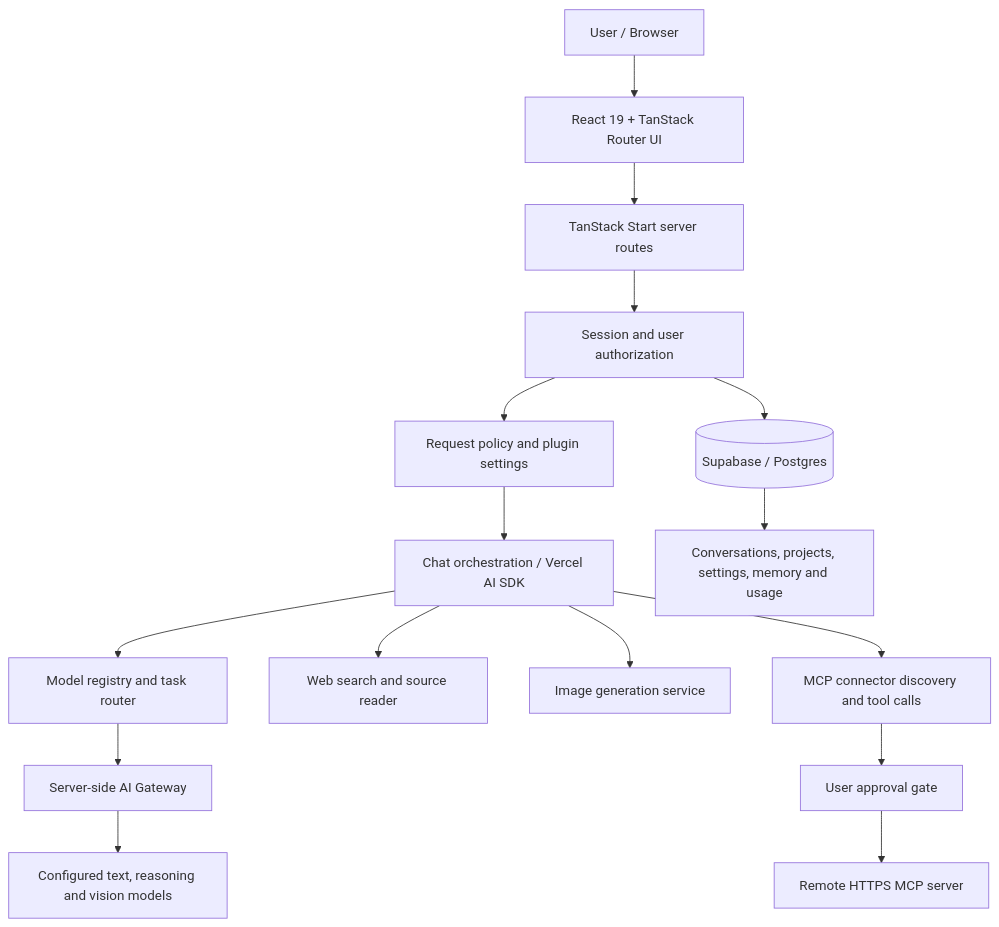
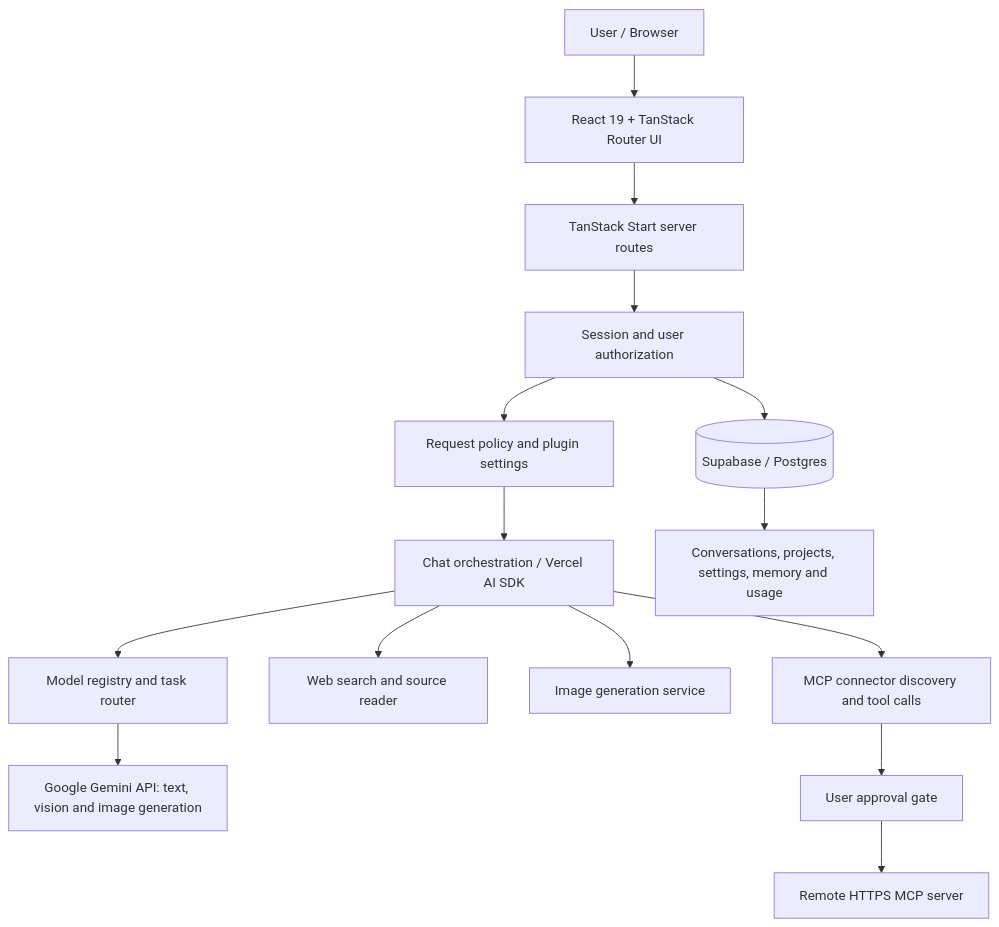
The diagram in README.md (TanishSingh192/teraxgpt), drawn with Mermaid before and after one commit. The commit also changed other lines of this file, not shown here.

Commit message:
Document Gemini direct provider and Cloudflare deployment

````diff
--- a/README.md
+++ b/README.md
@@ -87,18 +87,17 @@
 ```mermaid
 flowchart TD
     U[User / Browser] --> UI[React 19 + TanStack Router UI]
     UI --> API[TanStack Start server routes]
     API --> AUTH[Session and user authorization]
     AUTH --> POLICY[Request policy and plugin settings]
     POLICY --> CHAT[Chat orchestration / Vercel AI SDK]
     CHAT --> ROUTER[Model registry and task router]
-    ROUTER --> GATEWAY[Server-side AI Gateway]
-    GATEWAY --> LLM[Configured text, reasoning and vision models]
+    ROUTER --> LLM[Google Gemini API: text, vision and image generation]
     CHAT --> SEARCH[Web search and source reader]
     CHAT --> IMAGE[Image generation service]
     CHAT --> MCP[MCP connector discovery and tool calls]
     MCP --> APPROVAL[User approval gate]
     APPROVAL --> REMOTE[Remote HTTPS MCP server]
     AUTH --> DB[(Supabase / Postgres)]
     DB --> DATA[Conversations, projects, settings, memory and usage]
 ```
````
